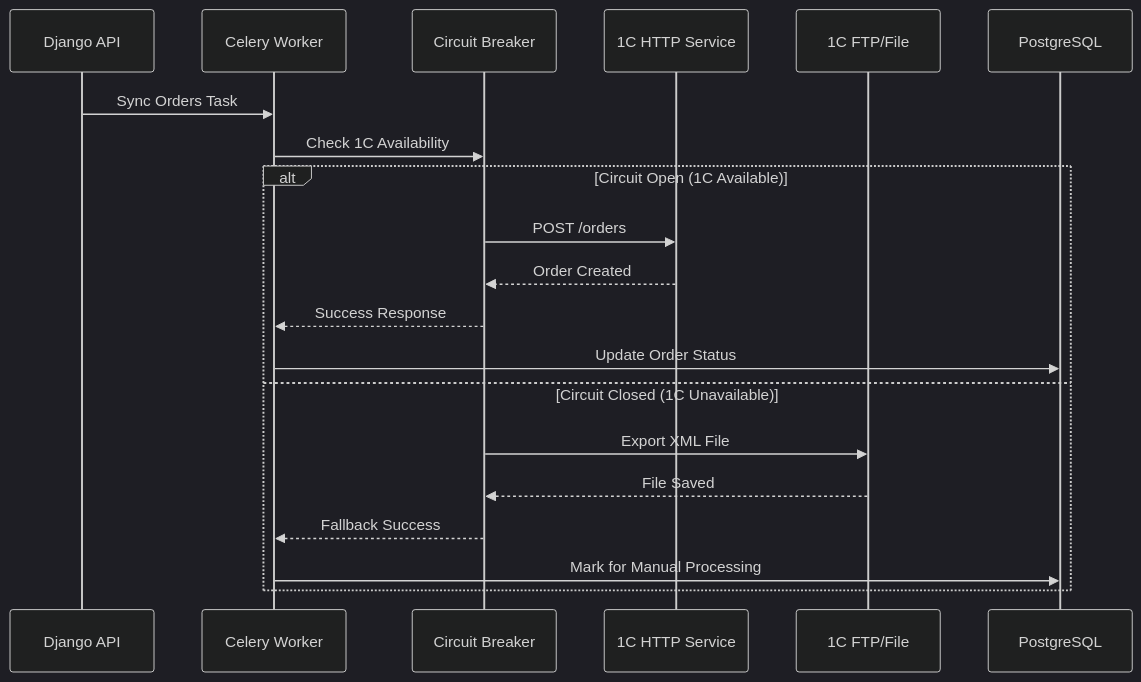
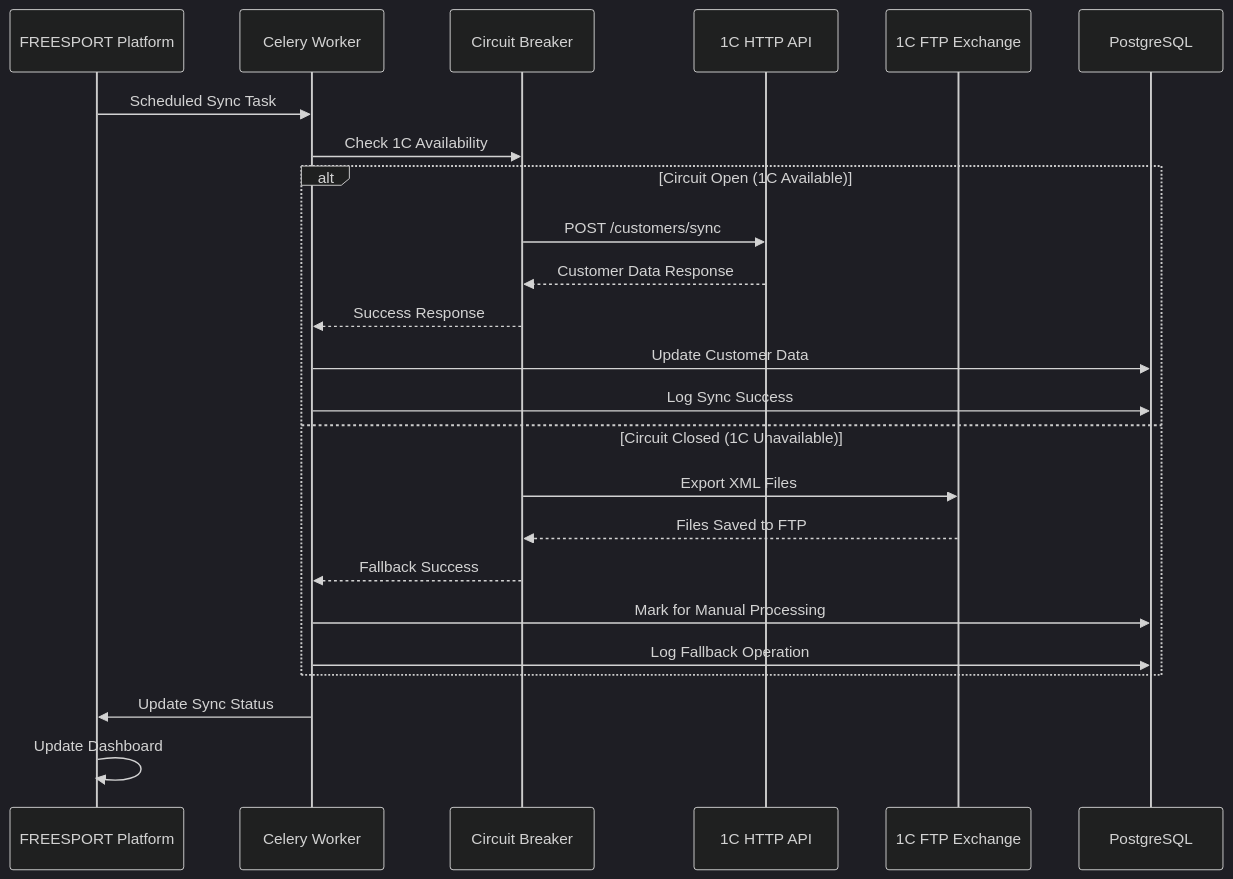
The first of 2 diagrams in docs/architecture/07-external-integrations.md (AlexMobiCraft/FREESPORT), drawn with Mermaid (dark theme) before and after one commit. The commit also changed other lines of this file and 18 other files, not shown here.

````diff
--- a/docs/architecture/07-external-integrations.md
+++ b/docs/architecture/07-external-integrations.md
@@ -7,24 +27,29 @@
 ```mermaid
 sequenceDiagram
-    participant Django as Django API
+    participant Platform as FREESPORT Platform
     participant Celery as Celery Worker
     participant CB as Circuit Breaker
-    participant OneCHTTP as 1C HTTP Service
-    participant OneFTP as 1C FTP/File
+    participant OneCHTTP as 1C HTTP API
+    participant OneCFTP as 1C FTP Exchange
     participant DB as PostgreSQL
 
-    Django->>Celery: Sync Orders Task
+    Platform->>Celery: Scheduled Sync Task
     Celery->>CB: Check 1C Availability
     
     alt Circuit Open (1C Available)
-        CB->>OneCHTTP: POST /orders
-        OneCHTTP-->>CB: Order Created
+        CB->>OneCHTTP: POST /customers/sync
+        OneCHTTP-->>CB: Customer Data Response
         CB-->>Celery: Success Response
-        Celery->>DB: Update Order Status
-    else Circuit Closed (1C Unavailable)
-        CB->>OneFTP: Export XML File
-        OneFTP-->>CB: File Saved
+        Celery->>DB: Update Customer Data
+        Celery->>DB: Log Sync Success
+    else Circuit Closed (1C Unavailable)  
+        CB->>OneCFTP: Export XML Files
+        OneCFTP-->>CB: Files Saved to FTP
         CB-->>Celery: Fallback Success
         Celery->>DB: Mark for Manual Processing
+        Celery->>DB: Log Fallback Operation
     end
+    
+    Celery->>Platform: Update Sync Status
+    Platform->>Platform: Update Dashboard
 ```
````
